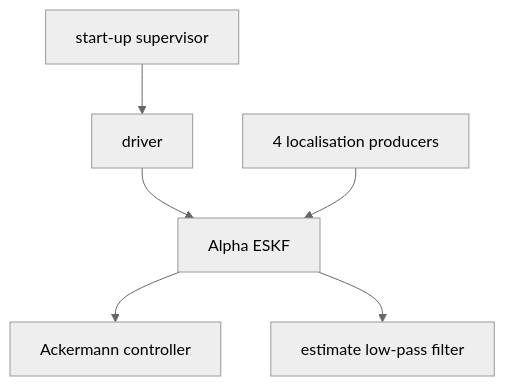
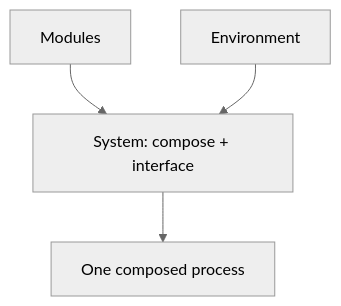
The diagram in docs/architecture.md (richarJ2002/lunar_simulator), drawn with Mermaid (neutral theme) before and after one commit. The commit also changed other lines of this file, not shown here.

Commit message:
[docs] Make architecture page system agnostic

````diff
--- a/docs/architecture.md
+++ b/docs/architecture.md
@@ -15,8 +13,6 @@
 ```mermaid
 graph TD
-    driver[driver] --> eskf[Alpha ESKF]
-    prod[4 localisation producers] --> eskf
-    eskf --> ack[Ackermann controller]
-    eskf --> filt[estimate low-pass filter]
-    sup[start-up supervisor] --> driver
+    mod[Modules] --> sys[System: compose + interface]
+    env[Environment] --> sys
+    sys --> run[One composed process]
 ```
````
